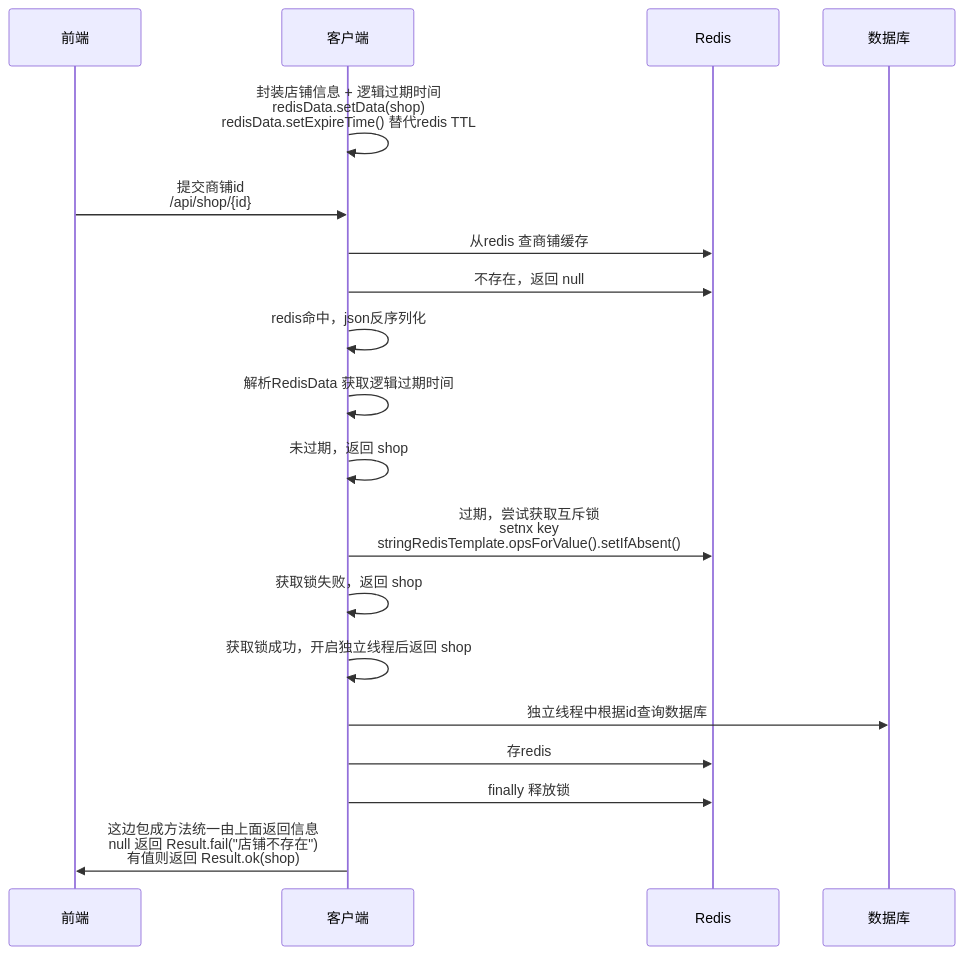
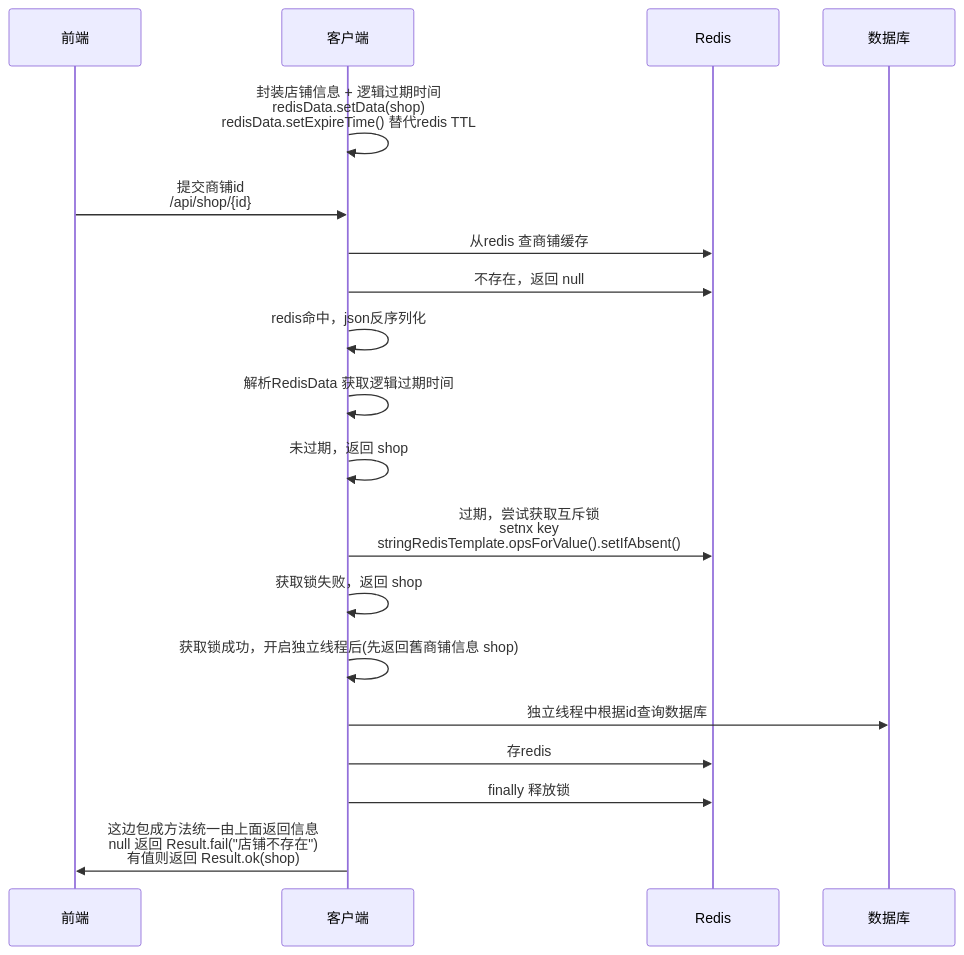
One commit to feed981/e01 changed the tenth of 10 diagrams in README.md. Above: the diagram before and after it, drawn with Mermaid. The commit also changed other lines of this file, not shown here.

````diff
--- a/README.md
+++ b/README.md
@@ -853,22 +944,22 @@
 ```mermaid
 sequenceDiagram
     participant 前端
     participant 客户端
     participant Redis
     participant 数据库
 
 客户端->>客户端: 封装店铺信息 + 逻辑过期时间 <br>redisData.setData(shop) <br> redisData.setExpireTime() 替代redis TTL
 前端->>客户端: 提交商铺id <br>/api/shop/{id}
 客户端->>Redis: 从redis 查商铺缓存
 客户端->>Redis: 不存在，返回 null
 客户端->>客户端: redis命中，json反序列化
 客户端->>客户端: 解析RedisData 获取逻辑过期时间
 客户端->>客户端: 未过期，返回 shop
 客户端->>Redis: 过期，尝试获取互斥锁<br>setnx key <br>stringRedisTemplate.opsForValue().setIfAbsent()
 客户端->>客户端: 获取锁失败，返回 shop
-客户端->>客户端: 获取锁成功，开启独立线程后返回 shop
+客户端->>客户端: 获取锁成功，开启独立线程后(先返回舊商铺信息 shop)
 客户端->>数据库: 独立线程中根据id查询数据库
 客户端->>Redis: 存redis
 客户端->>Redis: finally 释放锁
 客户端->>前端: 这边包成方法统一由上面返回信息<br>null 返回 Result.fail("店铺不存在")<br>有值则返回 Result.ok(shop)
 ```
````
